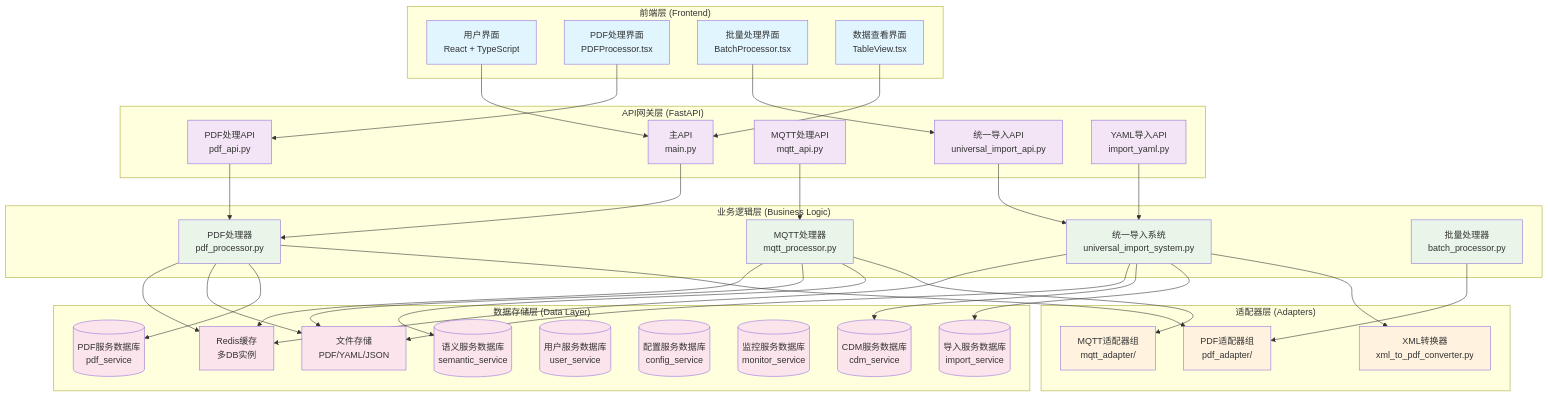
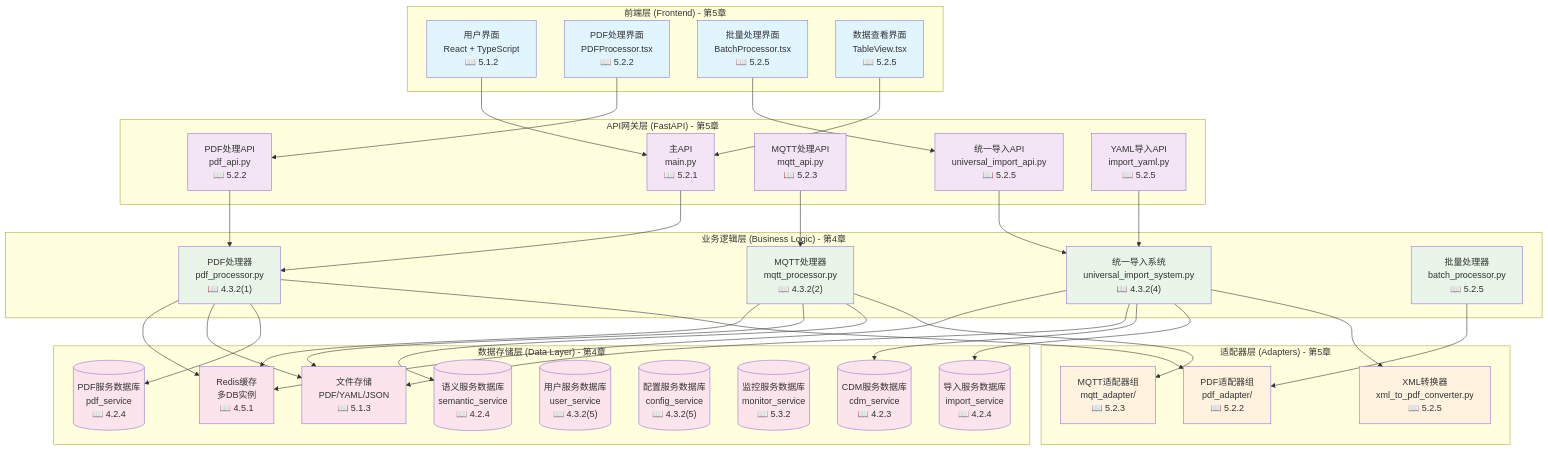
One commit to mistvapour/6016b changed the diagram in mmd/system_architecture.mmd. Above: the diagram before and after it, drawn with Mermaid. The commit also changed 11 other files, not shown here.

```diff
--- a/mmd/system_architecture.mmd
+++ b/mmd/system_architecture.mmd
@@ -1,85 +1,85 @@
 graph TB
     %% 6016-app 系统总体架构图
     
-    subgraph "前端层 (Frontend)"
-        UI[用户界面<br/>React + TypeScript]
-        PDF_UI[PDF处理界面<br/>PDFProcessor.tsx]
-        BATCH_UI[批量处理界面<br/>BatchProcessor.tsx]
-        VIEW_UI[数据查看界面<br/>TableView.tsx]
+    subgraph "前端层 (Frontend) - 第5章"
+        UI["用户界面<br/>React + TypeScript<br/>📖 5.1.2"]
+        PDF_UI["PDF处理界面<br/>PDFProcessor.tsx<br/>📖 5.2.2"]
+        BATCH_UI["批量处理界面<br/>BatchProcessor.tsx<br/>📖 5.2.5"]
+        VIEW_UI["数据查看界面<br/>TableView.tsx<br/>📖 5.2.5"]
     end
     
-    subgraph "API网关层 (FastAPI)"
-        MAIN_API[主API<br/>main.py]
-        PDF_API[PDF处理API<br/>pdf_api.py]
-        MQTT_API[MQTT处理API<br/>mqtt_api.py]
-        UNIVERSAL_API[统一导入API<br/>universal_import_api.py]
-        YAML_API[YAML导入API<br/>import_yaml.py]
+    subgraph "API网关层 (FastAPI) - 第5章"
+        MAIN_API["主API<br/>main.py<br/>📖 5.2.1"]
+        PDF_API["PDF处理API<br/>pdf_api.py<br/>📖 5.2.2"]
+        MQTT_API["MQTT处理API<br/>mqtt_api.py<br/>📖 5.2.3"]
+        UNIVERSAL_API["统一导入API<br/>universal_import_api.py<br/>📖 5.2.5"]
+        YAML_API["YAML导入API<br/>import_yaml.py<br/>📖 5.2.5"]
     end
     
-    subgraph "业务逻辑层 (Business Logic)"
-        PDF_PROC[PDF处理器<br/>pdf_processor.py]
-        MQTT_PROC[MQTT处理器<br/>mqtt_processor.py]
-        UNIVERSAL_SYS[统一导入系统<br/>universal_import_system.py]
-        BATCH_PROC[批量处理器<br/>batch_processor.py]
+    subgraph "业务逻辑层 (Business Logic) - 第4章"
+        PDF_PROC["PDF处理器<br/>pdf_processor.py<br/>📖 4.3.2(1)"]
+        MQTT_PROC["MQTT处理器<br/>mqtt_processor.py<br/>📖 4.3.2(2)"]
+        UNIVERSAL_SYS["统一导入系统<br/>universal_import_system.py<br/>📖 4.3.2(4)"]
+        BATCH_PROC["批量处理器<br/>batch_processor.py<br/>📖 5.2.5"]
     end
     
-    subgraph "适配器层 (Adapters)"
-        PDF_ADAPTER[PDF适配器组<br/>pdf_adapter/]
-        MQTT_ADAPTER[MQTT适配器组<br/>mqtt_adapter/]
-        XML_CONVERTER[XML转换器<br/>xml_to_pdf_converter.py]
+    subgraph "适配器层 (Adapters) - 第5章"
+        PDF_ADAPTER["PDF适配器组<br/>pdf_adapter/<br/>📖 5.2.2"]
+        MQTT_ADAPTER["MQTT适配器组<br/>mqtt_adapter/<br/>📖 5.2.3"]
+        XML_CONVERTER["XML转换器<br/>xml_to_pdf_converter.py<br/>📖 5.2.5"]
     end
     
-    subgraph "数据存储层 (Data Layer)"
-        PDF_DB[(PDF服务数据库<br/>pdf_service)]
-        SEMANTIC_DB[(语义服务数据库<br/>semantic_service)]
-        CDM_DB[(CDM服务数据库<br/>cdm_service)]
-        IMPORT_DB[(导入服务数据库<br/>import_service)]
-        USER_DB[(用户服务数据库<br/>user_service)]
-        CONFIG_DB[(配置服务数据库<br/>config_service)]
-        MONITOR_DB[(监控服务数据库<br/>monitor_service)]
-        FILE_STORAGE[文件存储<br/>PDF/YAML/JSON]
-        REDIS_CACHE[Redis缓存<br/>多DB实例]
+    subgraph "数据存储层 (Data Layer) - 第4章"
+        PDF_DB[("PDF服务数据库<br/>pdf_service<br/>📖 4.2.4")]
+        SEMANTIC_DB[("语义服务数据库<br/>semantic_service<br/>📖 4.2.4")]
+        CDM_DB[("CDM服务数据库<br/>cdm_service<br/>📖 4.2.3")]
+        IMPORT_DB[("导入服务数据库<br/>import_service<br/>📖 4.2.4")]
+        USER_DB[("用户服务数据库<br/>user_service<br/>📖 4.3.2(5)")]
+        CONFIG_DB[("配置服务数据库<br/>config_service<br/>📖 4.3.2(5)")]
+        MONITOR_DB[("监控服务数据库<br/>monitor_service<br/>📖 5.3.2")]
+        FILE_STORAGE["文件存储<br/>PDF/YAML/JSON<br/>📖 5.1.3"]
+        REDIS_CACHE["Redis缓存<br/>多DB实例<br/>📖 4.5.1"]
     end
     
     %% 连接关系
     UI --> MAIN_API
     PDF_UI --> PDF_API
     BATCH_UI --> UNIVERSAL_API
     VIEW_UI --> MAIN_API
     
     MAIN_API --> PDF_PROC
     PDF_API --> PDF_PROC
     MQTT_API --> MQTT_PROC
     UNIVERSAL_API --> UNIVERSAL_SYS
     YAML_API --> UNIVERSAL_SYS
     
     PDF_PROC --> PDF_ADAPTER
     MQTT_PROC --> MQTT_ADAPTER
     UNIVERSAL_SYS --> XML_CONVERTER
     BATCH_PROC --> PDF_ADAPTER
     
     PDF_PROC --> PDF_DB
     MQTT_PROC --> SEMANTIC_DB
     UNIVERSAL_SYS --> IMPORT_DB
     UNIVERSAL_SYS --> CDM_DB
     
     PDF_PROC --> FILE_STORAGE
     MQTT_PROC --> FILE_STORAGE
     UNIVERSAL_SYS --> FILE_STORAGE
     
     PDF_PROC --> REDIS_CACHE
     MQTT_PROC --> REDIS_CACHE
     UNIVERSAL_SYS --> REDIS_CACHE
     
     %% 样式
     classDef frontend fill:#e1f5fe
     classDef api fill:#f3e5f5
     classDef business fill:#e8f5e8
     classDef adapter fill:#fff3e0
     classDef storage fill:#fce4ec
     
     class UI,PDF_UI,BATCH_UI,VIEW_UI frontend
     class MAIN_API,PDF_API,MQTT_API,UNIVERSAL_API,YAML_API api
     class PDF_PROC,MQTT_PROC,UNIVERSAL_SYS,BATCH_PROC business
     class PDF_ADAPTER,MQTT_ADAPTER,XML_CONVERTER adapter
     class PDF_DB,SEMANTIC_DB,CDM_DB,IMPORT_DB,USER_DB,CONFIG_DB,MONITOR_DB,FILE_STORAGE,REDIS_CACHE storage
```
